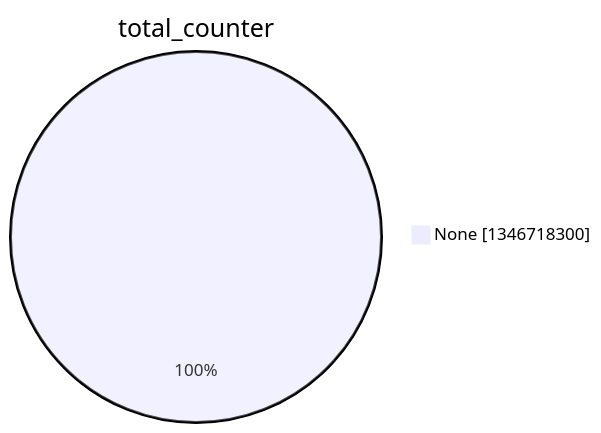
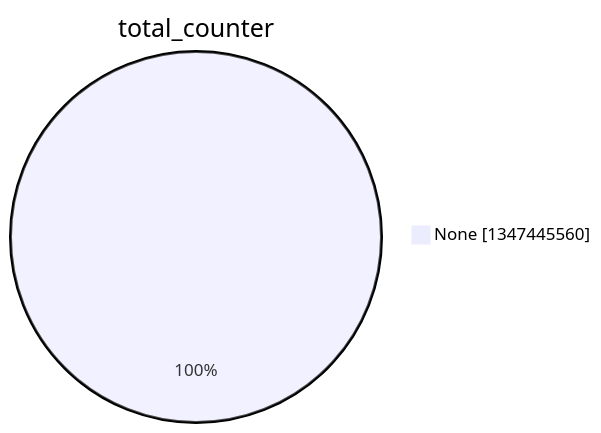
The second of 15 diagrams in argon2022/README.md (christiankrug/ctmonitor_visualization), drawn with Mermaid before and after one commit. The commit also changed other lines of this file, not shown here.

````diff
--- a/argon2022/README.md
+++ b/argon2022/README.md
@@ -9,5 +9,5 @@
 ```mermaid
 pie showData
 title total_counter
-"None" :1346718300
+"None" :1347445560
 ```
````
